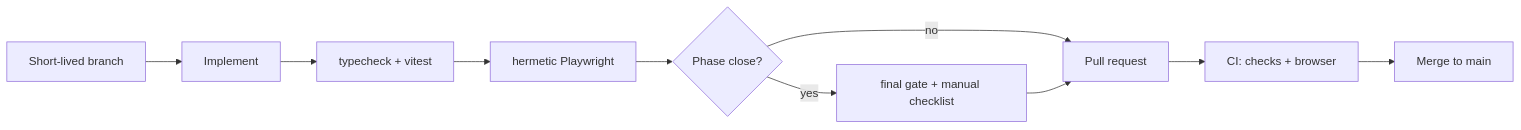
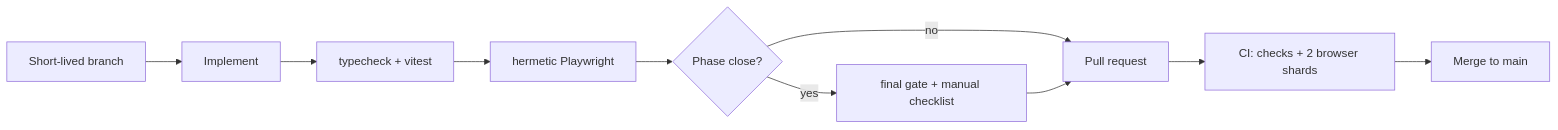
One commit to nhphuong2504/shuttle-scheduler changed the diagram in AGENTS.md. Above: the diagram before and after it, drawn with Mermaid. The commit also changed other lines of this file and 2 other files, not shown here.

````diff
--- a/AGENTS.md
+++ b/AGENTS.md
@@ -91,12 +93,12 @@
 ```mermaid
 flowchart LR
   branch["Short-lived branch"] --> dev[Implement]
   dev --> gate1["typecheck + vitest"]
   gate1 --> gate2["hermetic Playwright"]
   gate2 --> phase{"Phase close?"}
   phase -->|yes| final["final gate + manual checklist"]
   phase -->|no| pr["Pull request"]
   final --> pr
-  pr --> ci["CI: checks + browser"]
+  pr --> ci["CI: checks + 2 browser shards"]
   ci --> merge["Merge to main"]
 ```
````
